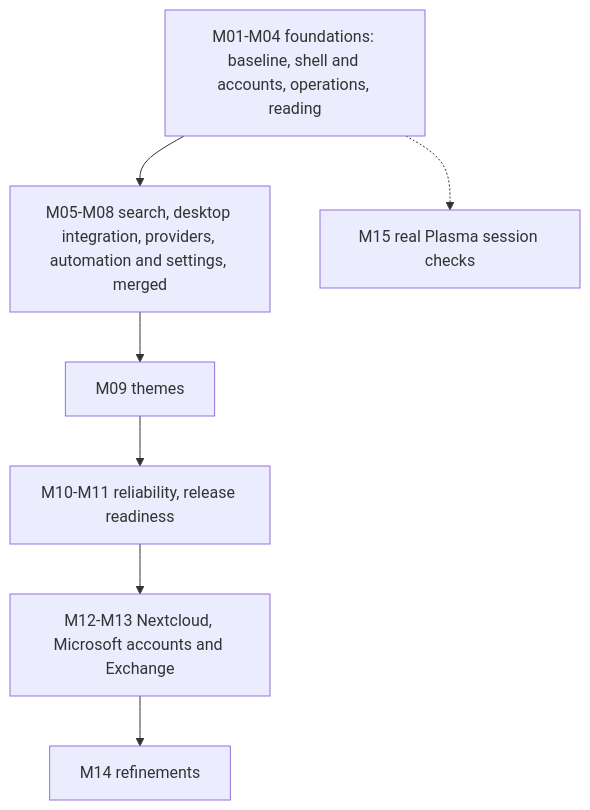
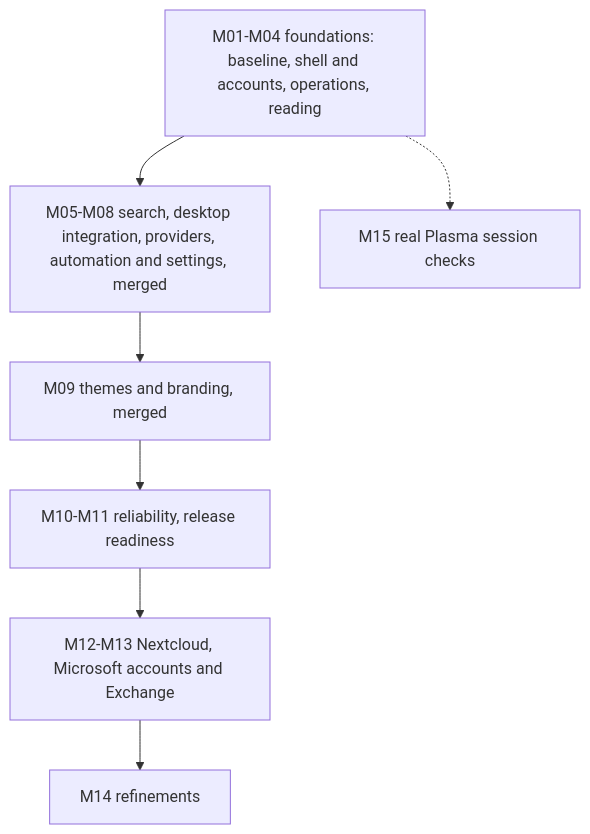
One commit to mikepadiernos/plasma-impresario changed the diagram in README.md. Above: the diagram before and after it, drawn with Mermaid. The commit also changed other lines of this file and 4 other files, not shown here.

````diff
--- a/README.md
+++ b/README.md
@@ -752,9 +795,9 @@
 ```mermaid
 flowchart TD
     A[M01-M04 foundations: baseline, shell and accounts, operations, reading] --> B[M05-M08 search, desktop integration, providers, automation and settings, merged]
-    B --> C[M09 themes]
+    B --> C[M09 themes and branding, merged]
     C --> D[M10-M11 reliability, release readiness]
     D --> E[M12-M13 Nextcloud, Microsoft accounts and Exchange]
     E --> F[M14 refinements]
     A -.-> G[M15 real Plasma session checks]
 ```
````
